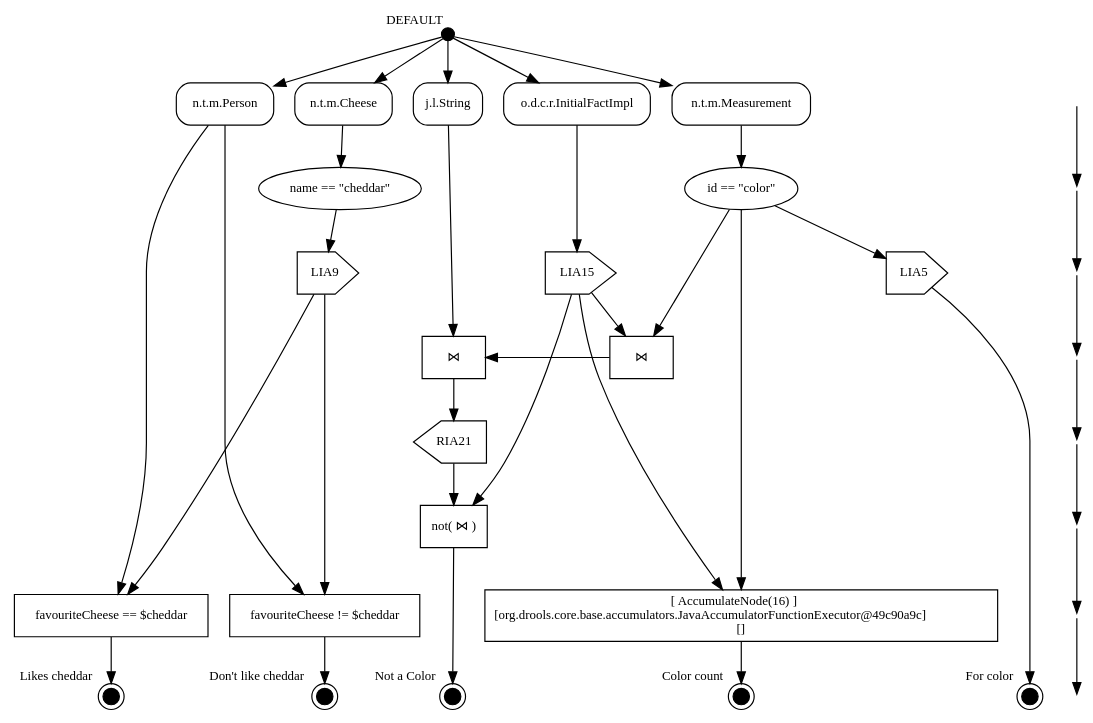
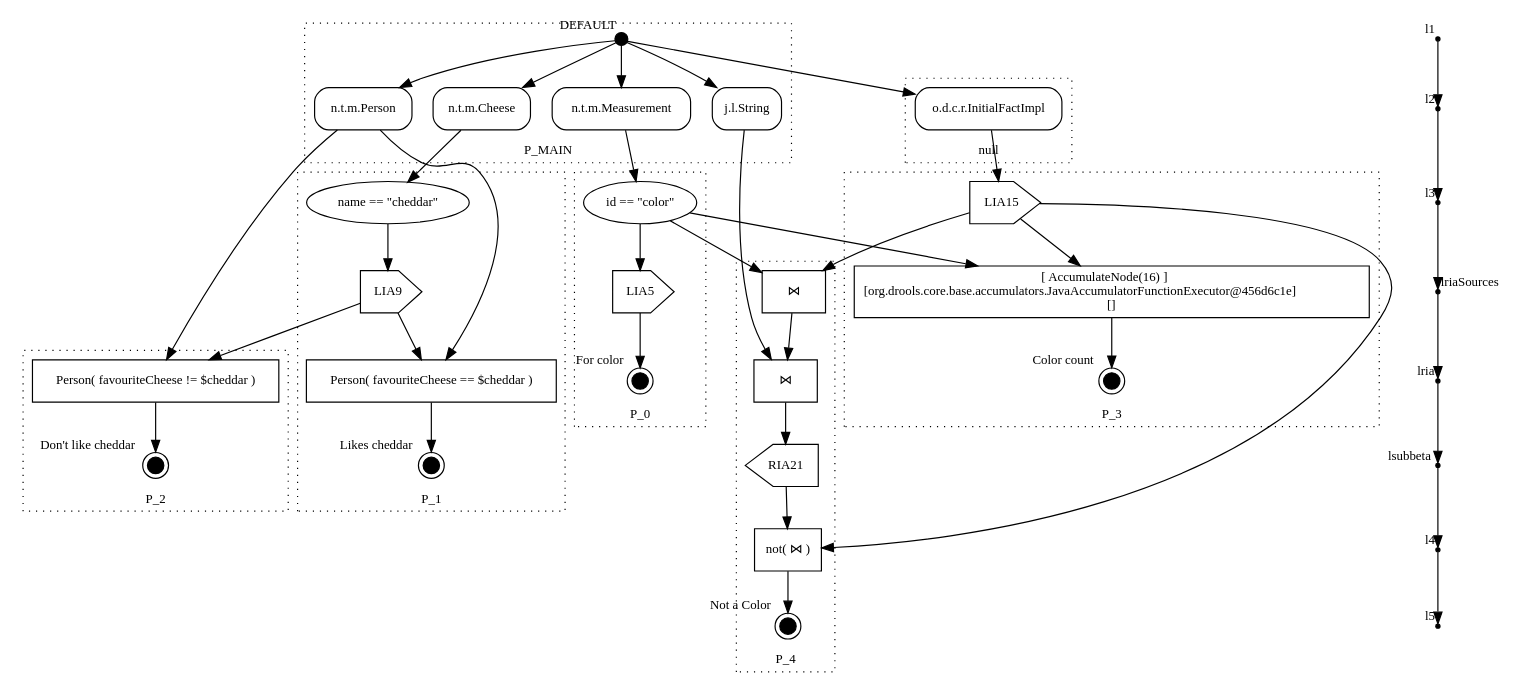
One commit to apache/incubator-kie-drools changed the diagram in test.gv. Above: the diagram before and after it, drawn with Graphviz. The commit also changed 3 other files, not shown here.

```diff
--- a/test.gv
+++ b/test.gv
@@ -1,68 +1,76 @@
 digraph g {
 graph [fontname = "Overpass" fontsize=11];
  node [fontname = "Overpass" fontsize=11];
  edge [fontname = "Overpass" fontsize=11];
 
 EP1 [shape=circle width=0.15 fillcolor=black style=filled label="" xlabel="DEFAULT"] ;
 OTN7 [shape=rect style=rounded label="n.t.m.Cheese"] ;
 OTN2 [shape=rect style=rounded label="o.d.c.r.InitialFactImpl"] ;
 OTN19 [shape=rect style=rounded label="j.l.String"] ;
 OTN10 [shape=rect style=rounded label="n.t.m.Person"] ;
 OTN3 [shape=rect style=rounded label="n.t.m.Measurement"] ;
 AN8 [label="name == \"cheddar\""] ;
 AN4 [label="id == \"color\""] ;
 LIA9 [shape=house orientation=-90] ;
 LIA15 [shape=house orientation=-90] ;
 LIA5 [shape=house orientation=-90] ;
 RIA21 [shape=house orientation=90] ;
-BN11 [shape=box label="favouriteCheese == $cheddar" href="http://drools.org"] ;
-BN13 [shape=box label="favouriteCheese != $cheddar" href="http://drools.org"] ;
+BN16 [shape=box label=<[ AccumulateNode(16) ]<BR/>[org.drools.core.base.accumulators.JavaAccumulatorFunctionExecutor@456d6c1e]<BR/>[]>] ;
+BN22 [shape=box label="not( ⋈ )"] ;
+BN11 [shape=box label="Person( favouriteCheese == $cheddar )" href="http://drools.org"] ;
+BN13 [shape=box label="Person( favouriteCheese != $cheddar )" href="http://drools.org"] ;
 BN18 [shape=box label="⋈" href="http://drools.org"] ;
 BN20 [shape=box label="⋈" href="http://drools.org"] ;
-BN16 [shape=box label=<[ AccumulateNode(16) ]<BR/>[org.drools.core.base.accumulators.JavaAccumulatorFunctionExecutor@49c90a9c]<BR/>[]>] ;
-BN22 [shape=box label="not( ⋈ )"] ;
 RTN12 [shape=doublecircle width=0.2 fillcolor=black style=filled label="" xlabel="Likes cheddar" href="http://drools.org"] ;
 RTN14 [shape=doublecircle width=0.2 fillcolor=black style=filled label="" xlabel="Don't like cheddar" href="http://drools.org"] ;
 RTN17 [shape=doublecircle width=0.2 fillcolor=black style=filled label="" xlabel="Color count" href="http://drools.org"] ;
 RTN23 [shape=doublecircle width=0.2 fillcolor=black style=filled label="" xlabel="Not a Color" href="http://drools.org"] ;
 RTN6 [shape=doublecircle width=0.2 fillcolor=black style=filled label="" xlabel="For color" href="http://drools.org"] ;
 
 EP1 -> OTN7 ;
 OTN7 -> AN8 ;
 AN8 -> LIA9 ;
 LIA9 -> BN11 ;
 BN11 -> RTN12 ;
 LIA9 -> BN13 ;
 BN13 -> RTN14 ;
 EP1 -> OTN2 ;
 OTN2 -> LIA15 ;
 LIA15 -> BN16 ;
 BN16 -> RTN17 ;
 LIA15 -> BN18 ;
 BN18 -> BN20 ;
 BN20 -> RIA21 ;
 RIA21 -> BN22 ;
 BN22 -> RTN23 ;
 LIA15 -> BN22 ;
 EP1 -> OTN19 ;
 OTN19 -> BN20 ;
 EP1 -> OTN10 ;
 OTN10 -> BN11 ;
 OTN10 -> BN13 ;
 EP1 -> OTN3 ;
 OTN3 -> AN4 ;
 AN4 -> LIA5 ;
 LIA5 -> RTN6 ;
 AN4 -> BN16 ;
 AN4 -> BN18 ;
 
- {rank=same; l1[style=invis, shape=point]; OTN19; OTN2; OTN10; OTN3; OTN7; }
- {rank=same; l2[style=invis, shape=point]; AN4; AN8; }
- {rank=same; l3[style=invis, shape=point]; LIA15; LIA9; LIA5; }
- {rank=same; lria[style=invis, shape=point]; RIA21; }
- {rank=same; lriaSources[style=invis, shape=point]; BN18; BN20; }
- {rank=same; lsubbeta[style=invis, shape=point]; BN22; }
- {rank=same; l4[style=invis, shape=point]; BN11; BN13; BN16; }
- {rank=same; l5[style=invis, shape=point]; RTN14; RTN17; RTN23; RTN12; RTN6; }
+ subgraph l1{l1[shape=point, xlabel="l1"]; OTN19; OTN2; OTN10; OTN3; OTN7; }
+ subgraph l2{l2[shape=point, xlabel="l2"]; AN4; AN8; }
+ subgraph l3{l3[shape=point, xlabel="l3"]; LIA15; LIA9; LIA5; }
+ subgraph lria{lria[shape=point, xlabel="lria"]; RIA21; }
+ subgraph lriaSources{lriaSources[shape=point, xlabel="lriaSources"]; BN18; BN20; }
+ subgraph lsubbeta{lsubbeta[shape=point, xlabel="lsubbeta"]; BN22; }
+ subgraph l4{l4[shape=point, xlabel="l4"]; BN11; BN16; BN13; }
+ subgraph l5{l5[shape=point, xlabel="l5"]; RTN14; RTN17; RTN23; RTN12; RTN6; }
  l1->l2->l3->lriaSources->lria->lsubbeta->l4->l5;
+
+ subgraph cluster_P_0{style=dotted; labelloc=b; label="P_0"; AN4; LIA5; RTN6; }
+ subgraph cluster_P_2{style=dotted; labelloc=b; label="P_2"; RTN14; BN13; }
+ subgraph cluster_null{style=dotted; labelloc=b; label="null"; OTN2; }
+ subgraph cluster_P_1{style=dotted; labelloc=b; label="P_1"; BN11; LIA9; RTN12; AN8; }
+ subgraph cluster_P_4{style=dotted; labelloc=b; label="P_4"; RIA21; BN18; BN20; RTN23; BN22; }
+ subgraph cluster_P_MAIN{style=dotted; labelloc=b; label="P_MAIN"; OTN19; OTN10; OTN3; OTN7; EP1; }
+ subgraph cluster_P_3{style=dotted; labelloc=b; label="P_3"; LIA15; RTN17; BN16; }
 }
```
